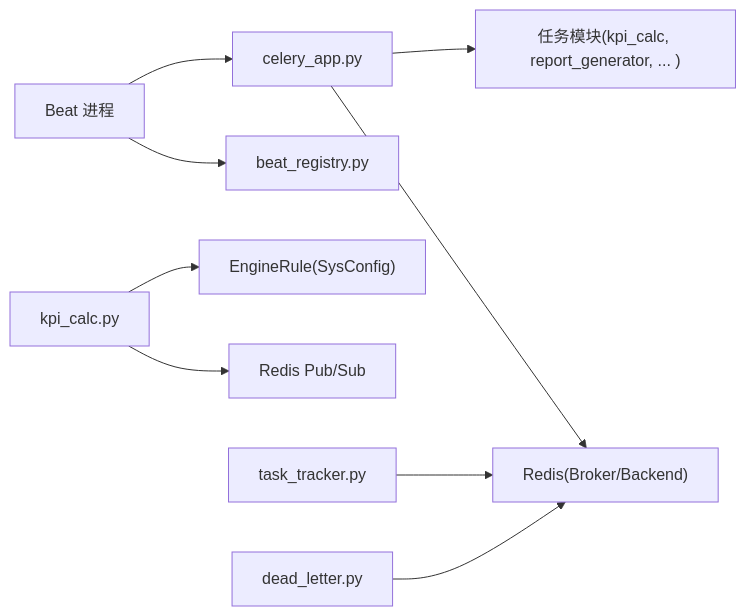
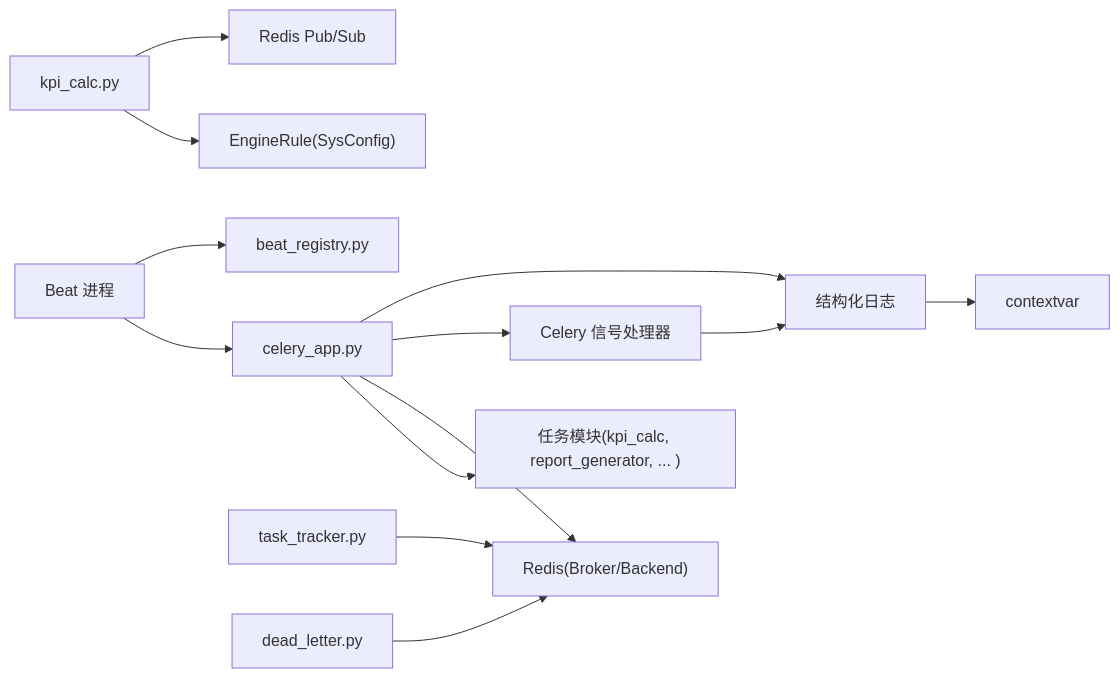
One commit to hlszp/CLPM-MVP changed the sixth of 6 diagrams in .qoder/repowiki/zh/content/性能评估模块/任务调度系统/任务调度系统.md. Above: the diagram before and after it, drawn with Mermaid. The commit also changed other lines of this file and 207 other files, not shown here.

````diff
--- a/.qoder/repowiki/zh/content/性能评估模块/任务调度系统/任务调度系统.md
+++ b/.qoder/repowiki/zh/content/性能评估模块/任务调度系统/任务调度系统.md
@@ -270,11 +338,15 @@
 ```mermaid
 graph LR
 CELERY["celery_app.py"] --> TASKS["任务模块(kpi_calc, report_generator, ... )"]
 CELERY --> REDIS["Redis(Broker/Backend)"]
+CELERY --> SIGNALS["Celery 信号处理器"]
+CELERY --> LOGGING["结构化日志"]
 BEAT["Beat 进程"] --> CELERY
 BEAT --> REG["beat_registry.py"]
 KPI["kpi_calc.py"] --> RULES["EngineRule(SysConfig)"]
 KPI --> PUBSUB["Redis Pub/Sub"]
 TRACKER["task_tracker.py"] --> REDIS
 DLQ["dead_letter.py"] --> REDIS
+SIGNALS --> LOGGING
+LOGGING --> CONTEXT["contextvar"]
 ```
````
